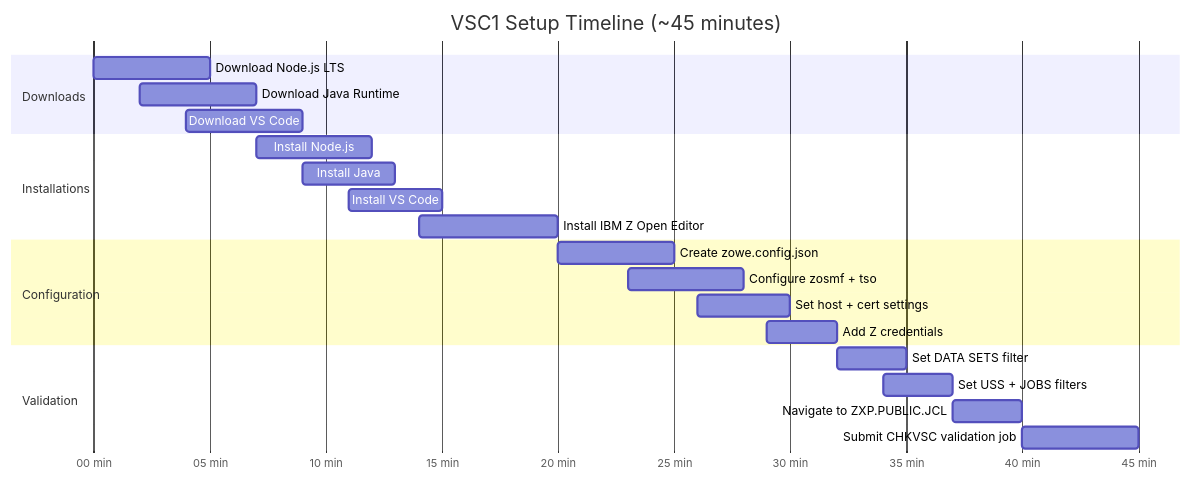
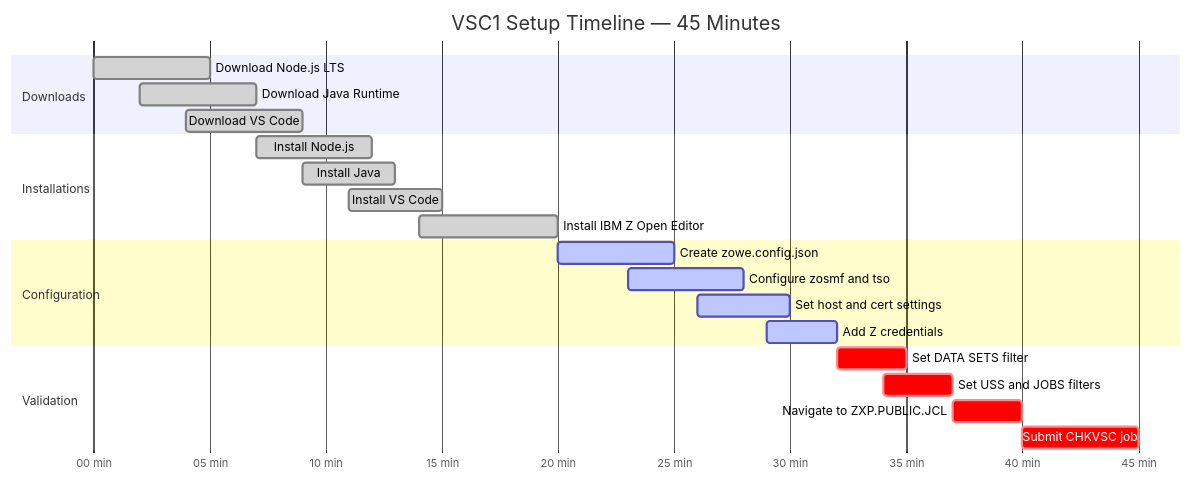
One commit to AnandSundar/ibm-z-vscode-mainframe-setup changed the sixth of 8 diagrams in README.md. Above: the diagram before and after it, drawn with Mermaid. The commit also changed other lines of this file, not shown here.

````diff
--- a/README.md
+++ b/README.md
@@ -247,29 +251,29 @@
 ```mermaid
 gantt
-    title VSC1 Setup Timeline (~45 minutes)
-    dateFormat mm
+    title VSC1 Setup Timeline — 45 Minutes
+    dateFormat HH:mm
     axisFormat %M min
 
     section Downloads
-    Download Node.js LTS         : 00, 5m
-    Download Java Runtime        : 02, 5m
-    Download VS Code             : 04, 5m
+    Download Node.js LTS         :done, 00:00, 5m
+    Download Java Runtime        :done, 00:02, 5m
+    Download VS Code             :done, 00:04, 5m
 
     section Installations
-    Install Node.js              : 07, 5m
-    Install Java                 : 09, 4m
-    Install VS Code              : 11, 4m
-    Install IBM Z Open Editor    : 14, 6m
+    Install Node.js              :done, 00:07, 5m
+    Install Java                 :done, 00:09, 4m
+    Install VS Code              :done, 00:11, 4m
+    Install IBM Z Open Editor    :done, 00:14, 6m
 
     section Configuration
-    Create zowe.config.json      : 20, 5m
-    Configure zosmf + tso        : 23, 5m
-    Set host + cert settings     : 26, 4m
-    Add Z credentials            : 29, 3m
+    Create zowe.config.json      :active, 00:20, 5m
+    Configure zosmf and tso      :active, 00:23, 5m
+    Set host and cert settings   :active, 00:26, 4m
+    Add Z credentials            :active, 00:29, 3m
 
     section Validation
-    Set DATA SETS filter         : 32, 3m
-    Set USS + JOBS filters       : 34, 3m
-    Navigate to ZXP.PUBLIC.JCL   : 37, 3m
-    Submit CHKVSC validation job : 40, 5m
+    Set DATA SETS filter         :crit, 00:32, 3m
+    Set USS and JOBS filters     :crit, 00:34, 3m
+    Navigate to ZXP.PUBLIC.JCL   :crit, 00:37, 3m
+    Submit CHKVSC job            :crit, 00:40, 5m
 ```
````
